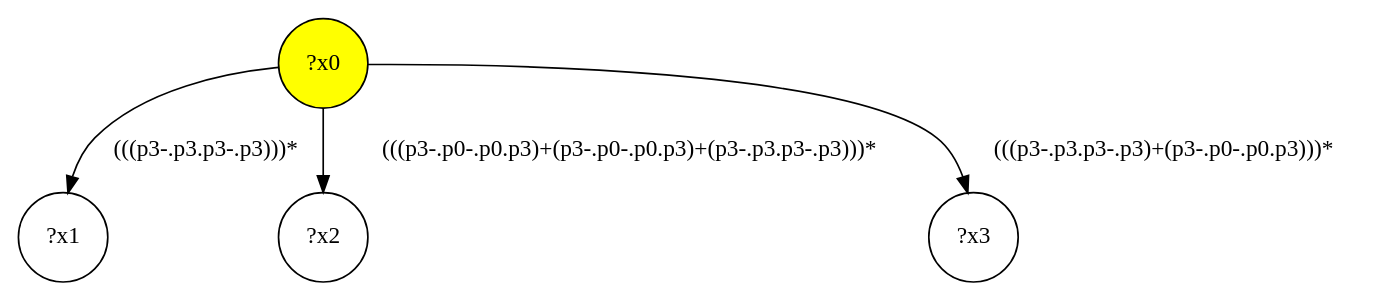
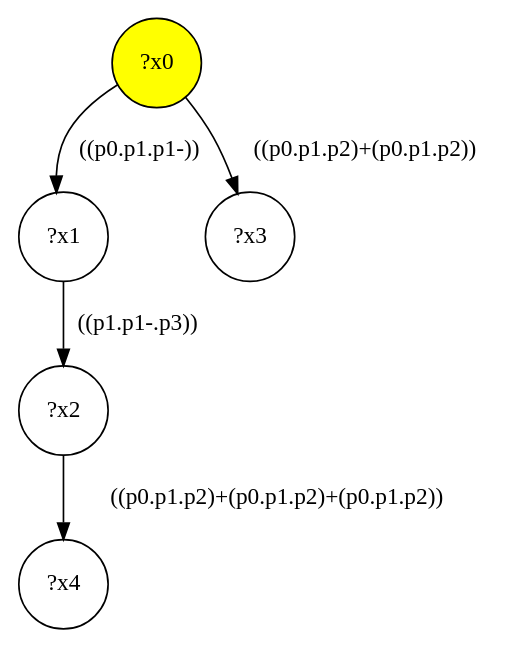
One commit to gbagan/gmark changed the diagram in src/queryinterface/interface-queries/query-38.dot. Above: the diagram before and after it, drawn with Graphviz. The commit also changed 153 other files, not shown here.

```diff
--- a/src/queryinterface/interface-queries/query-38.dot
+++ b/src/queryinterface/interface-queries/query-38.dot
@@ -1,9 +1,11 @@
 digraph g {
 	x0 [fillcolor="yellow", style="filled," shape=circle, label="?x0"];
 	x1 [shape=circle, label="?x1"];
-	x0 -> x1 [label="(((p3-.p3.p3-.p3)))*"];
+	x0 -> x1 [label="((p0.p1.p1-))"];
 	x2 [shape=circle, label="?x2"];
-	x0 -> x2 [label="(((p3-.p0-.p0.p3)+(p3-.p0-.p0.p3)+(p3-.p3.p3-.p3)))*"];
+	x1 -> x2 [label="((p1.p1-.p3))"];
 	x3 [shape=circle, label="?x3"];
-	x0 -> x3 [label="(((p3-.p3.p3-.p3)+(p3-.p0-.p0.p3)))*"];
+	x0 -> x3 [label="((p0.p1.p2)+(p0.p1.p2))"];
+	x4 [shape=circle, label="?x4"];
+	x2 -> x4 [label="((p0.p1.p2)+(p0.p1.p2)+(p0.p1.p2))"];
 }
```
